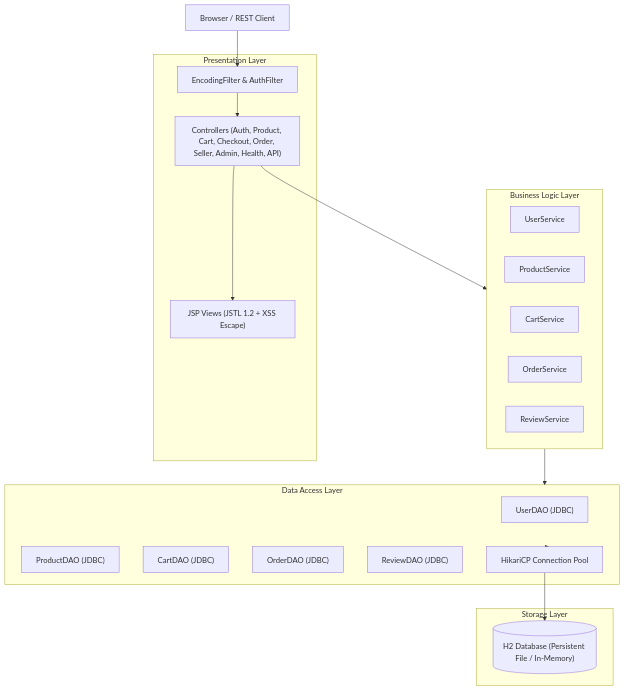
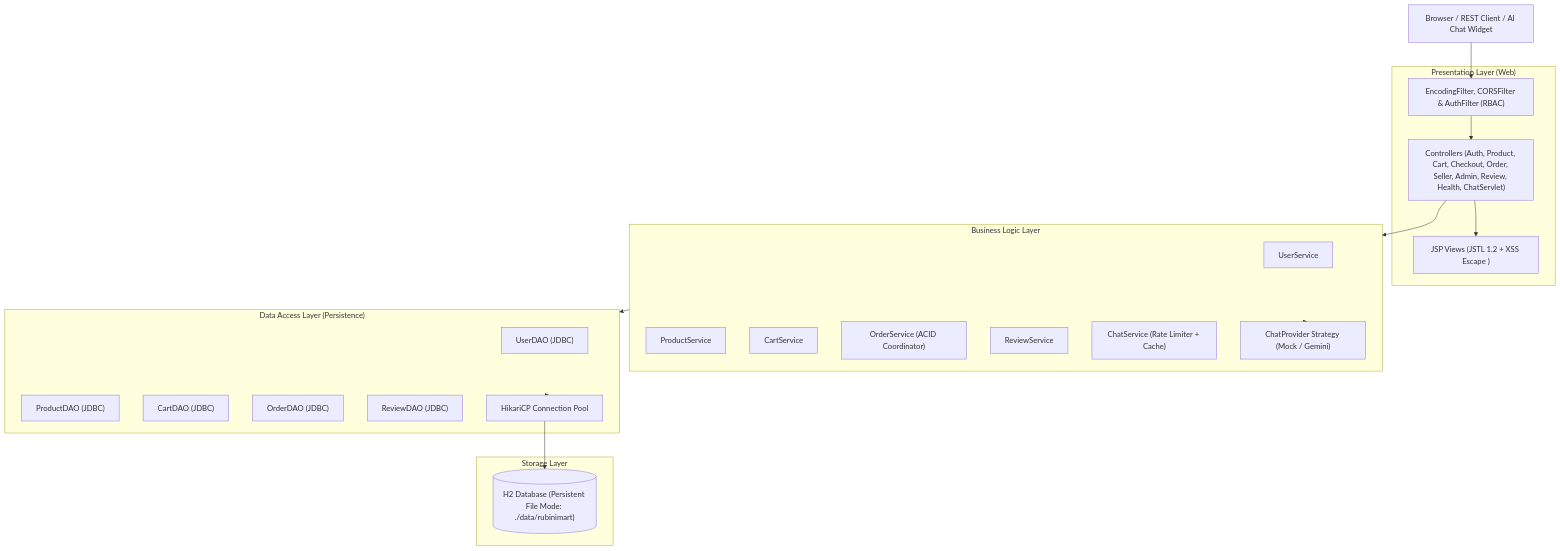
The diagram in README.md (Rubiniponnar/RubiniMart), drawn with Mermaid before and after one commit. The commit also changed other lines of this file and 3 other files, not shown here.

````diff
--- a/README.md
+++ b/README.md
@@ -17,39 +25,42 @@
 ```mermaid
 flowchart TD
-    Client["Browser / REST Client"]
+    Client["Browser / REST Client / AI Chat Widget"]
 
-    subgraph Presentation ["Presentation Layer"]
-        Filter["EncodingFilter & AuthFilter"]
-        Servlets["Controllers (Auth, Product, Cart, Checkout, Order, Seller, Admin, Health, API)"]
-        Views["JSP Views (JSTL 1.2 + XSS Escape)"]
+    subgraph Presentation ["Presentation Layer (Web)"]
+        Filter["EncodingFilter, CORSFilter & AuthFilter (RBAC)"]
+        Servlets["Controllers (Auth, Product, Cart, Checkout, Order, Seller, Admin, Review, Health, ChatServlet)"]
+        Views["JSP Views (JSTL 1.2 + XSS Escape <c:out>)"]
     end
 
     subgraph ServiceLayer ["Business Logic Layer"]
         UserService["UserService"]
         ProductService["ProductService"]
         CartService["CartService"]
-        OrderService["OrderService"]
+        OrderService["OrderService (ACID Coordinator)"]
         ReviewService["ReviewService"]
+        ChatService["ChatService (Rate Limiter + Cache)"]
+        ChatProvider["ChatProvider Strategy (Mock / Gemini)"]
     end
 
-    subgraph DataAccess ["Data Access Layer"]
+    subgraph DataAccess ["Data Access Layer (Persistence)"]
         UserDAO["UserDAO (JDBC)"]
         ProductDAO["ProductDAO (JDBC)"]
         CartDAO["CartDAO (JDBC)"]
         OrderDAO["OrderDAO (JDBC)"]
         ReviewDAO["ReviewDAO (JDBC)"]
         Hikari["HikariCP Connection Pool"]
     end
 
     subgraph Storage ["Storage Layer"]
-        H2[("H2 Database (Persistent File / In-Memory)")]
+        H2[("H2 Database (Persistent File Mode: ./data/rubinimart)")]
     end
 
     Client --> Filter
     Filter --> Servlets
     Servlets --> Views
     Servlets --> ServiceLayer
+    ServiceLayer --> ChatProvider
     ServiceLayer --> DataAccess
     DataAccess --> Hikari
     Hikari --> H2
 ```
````
